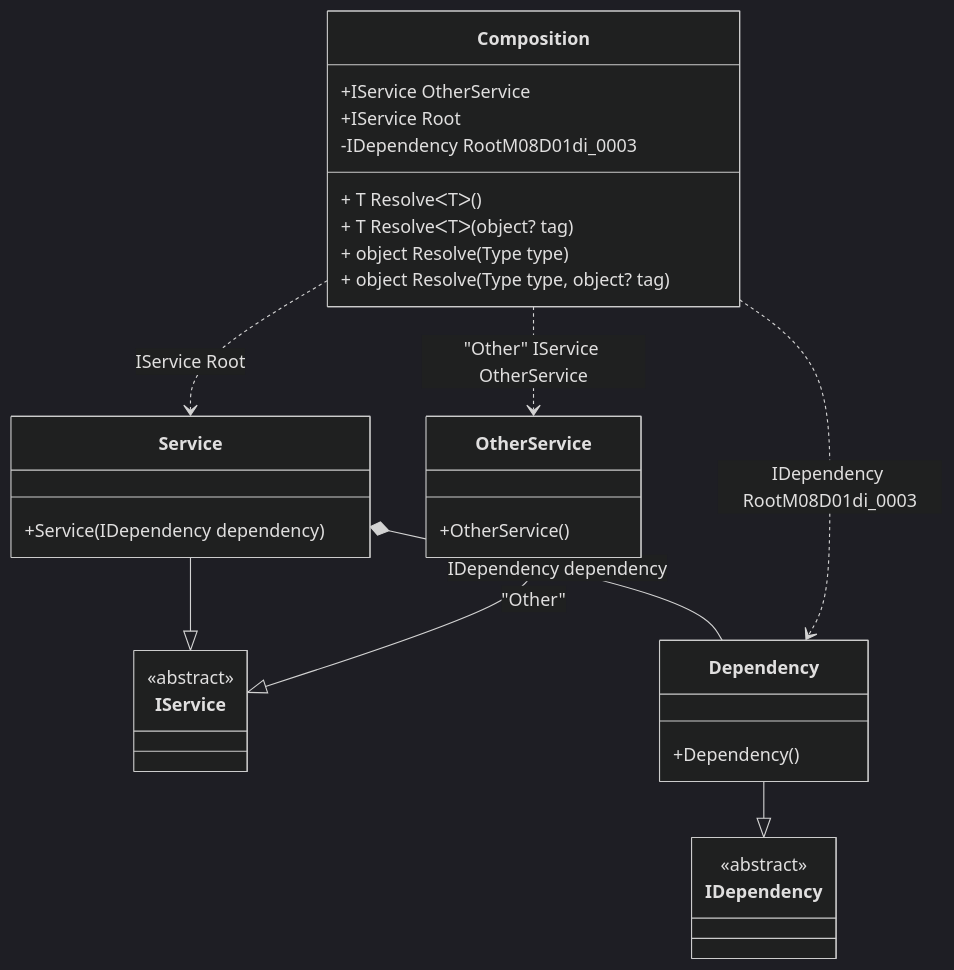
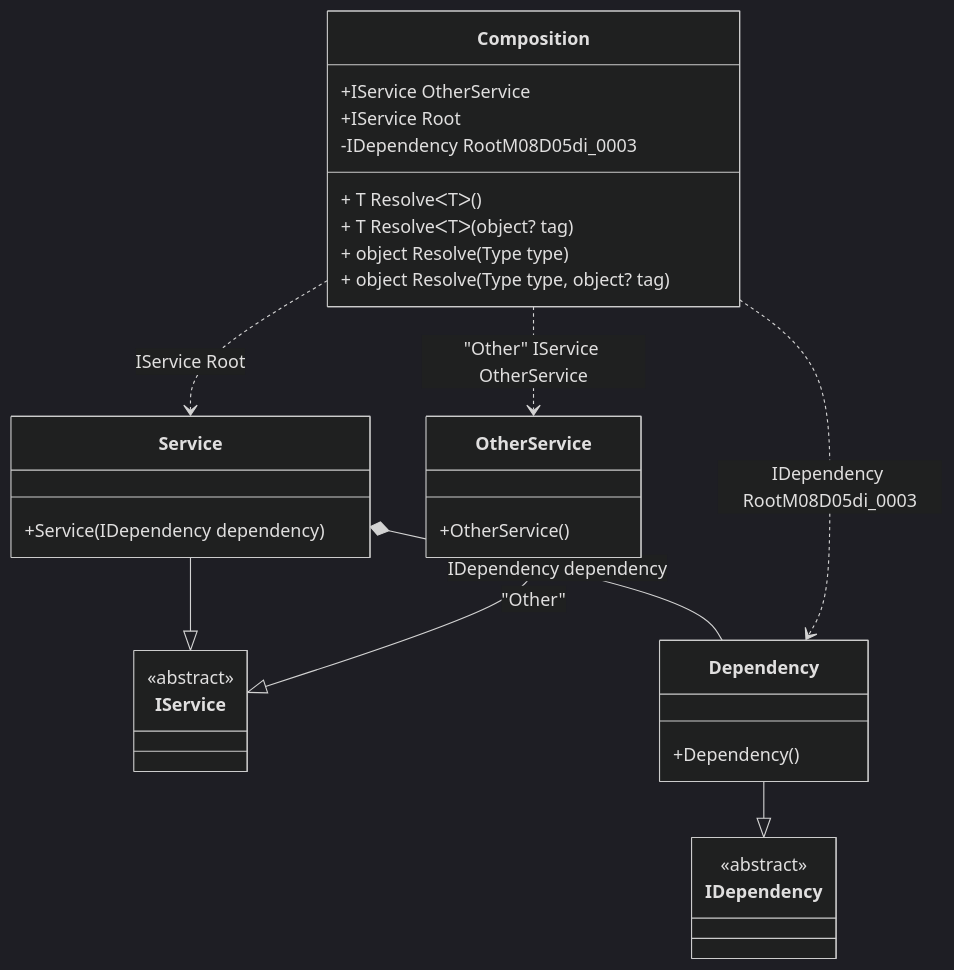
One commit to DevTeam/Pure.DI changed the diagram in readme/composition-roots.md. Above: the diagram before and after it, drawn with Mermaid (dark theme). The commit also changed other lines of this file and 58 other files, not shown here.

````diff
--- a/readme/composition-roots.md
+++ b/readme/composition-roots.md
@@ -45,34 +45,34 @@
 ```mermaid
 classDiagram
   class Composition {
     +IService OtherService
     +IService Root
-    -IDependency RootM08D01di_0003
+    -IDependency RootM08D05di_0003
     + T ResolveᐸTᐳ()
     + T ResolveᐸTᐳ(object? tag)
     + object Resolve(Type type)
     + object Resolve(Type type, object? tag)
   }
   Service --|> IService : 
   class Service {
     +Service(IDependency dependency)
   }
   OtherService --|> IService : "Other" 
   class OtherService {
     +OtherService()
   }
   Dependency --|> IDependency : 
   class Dependency {
     +Dependency()
   }
   class IService {
     <<abstract>>
   }
   class IDependency {
     <<abstract>>
   }
   Service *--  Dependency : IDependency dependency
   Composition ..> Service : IService Root
   Composition ..> OtherService : "Other" IService OtherService
-  Composition ..> Dependency : IDependency RootM08D01di_0003
+  Composition ..> Dependency : IDependency RootM08D05di_0003
 ```
````
